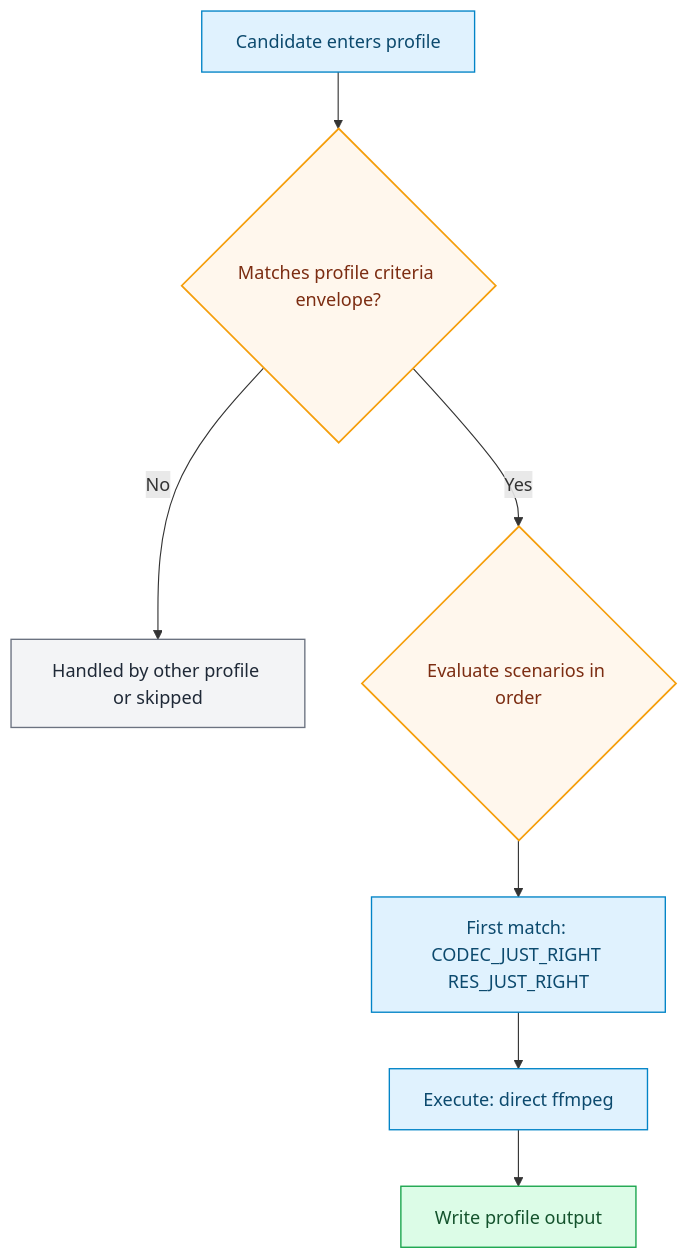
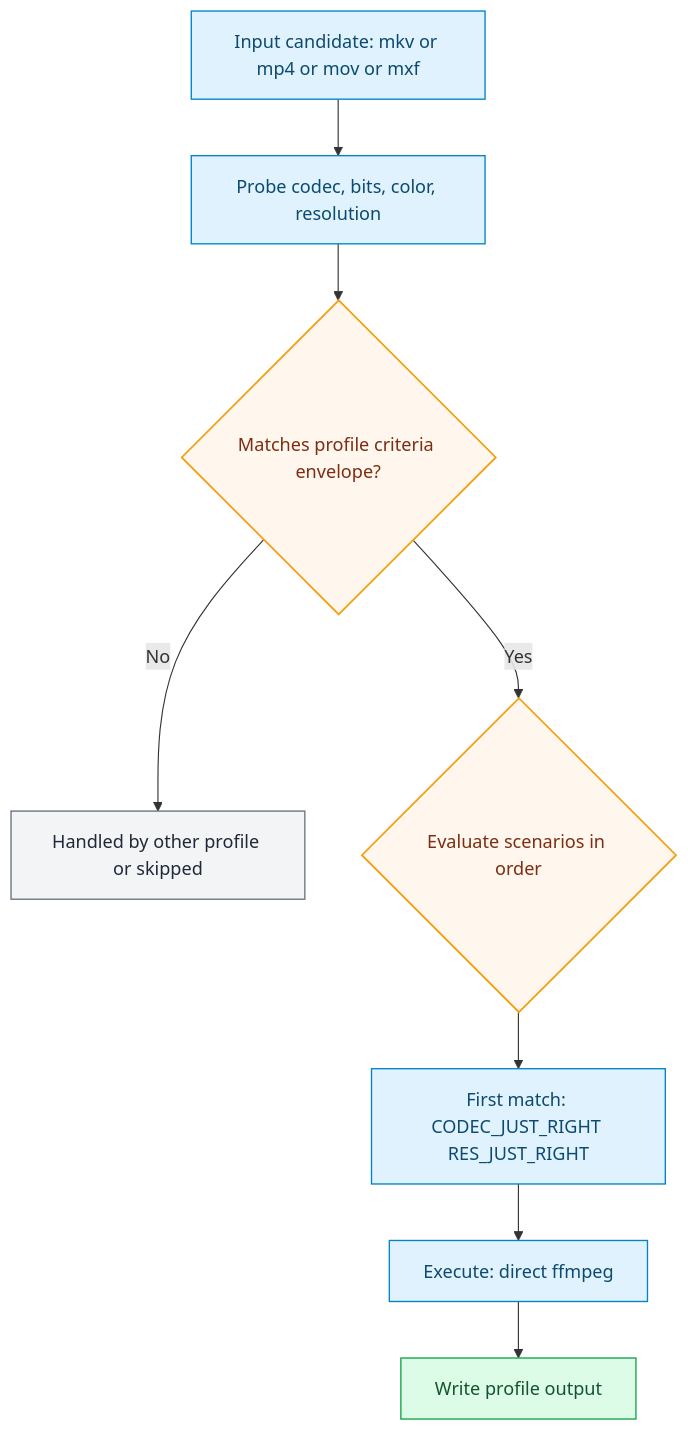
Before and after one commit to CraigWatt/vfo: the diagram in platform/docs-site/docs/profiles/generated/apple-tv-4k-open-audio.md, drawn with Mermaid. The commit also changed other lines of this file and 15 other files, not shown here.

Commit message:
docs: expand profile sheets and fix engine view diagram

````diff
--- a/platform/docs-site/docs/profiles/generated/apple-tv-4k-open-audio.md
+++ b/platform/docs-site/docs/profiles/generated/apple-tv-4k-open-audio.md
@@ -31,14 +42,15 @@
 ```mermaid
 flowchart TD
   classDef gate fill:#fff7ed,stroke:#f59e0b,color:#7c2d12,stroke-width:1.5px;
   classDef stage fill:#e0f2fe,stroke:#0284c7,color:#0c4a6e,stroke-width:1.2px;
   classDef output fill:#dcfce7,stroke:#16a34a,color:#14532d,stroke-width:1.2px;
   classDef skip fill:#f3f4f6,stroke:#6b7280,color:#1f2937,stroke-width:1.2px;
 
-  A[Candidate enters profile]:::stage --> B{Matches profile criteria envelope?}:::gate
-  B -->|No| Z[Handled by other profile or skipped]:::skip
-  B -->|Yes| C{Evaluate scenarios in order}:::gate
-  C --> D[First match: CODEC_JUST_RIGHT RES_JUST_RIGHT]:::stage
-  D --> E[Execute: direct ffmpeg]:::stage
-  E --> F[Write profile output]:::output
+  A[Input candidate: mkv or mp4 or mov or mxf]:::stage --> B[Probe codec, bits, color, resolution]:::stage
+  B --> C{Matches profile criteria envelope?}:::gate
+  C -->|No| Z[Handled by other profile or skipped]:::skip
+  C -->|Yes| D{Evaluate scenarios in order}:::gate
+  D --> E[First match: CODEC_JUST_RIGHT RES_JUST_RIGHT]:::stage
+  E --> F[Execute: direct ffmpeg]:::stage
+  F --> G[Write profile output]:::output
 ```
````
